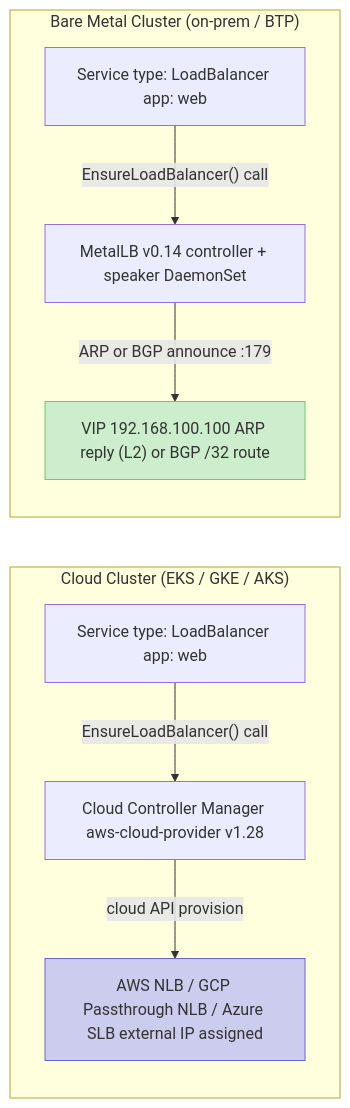
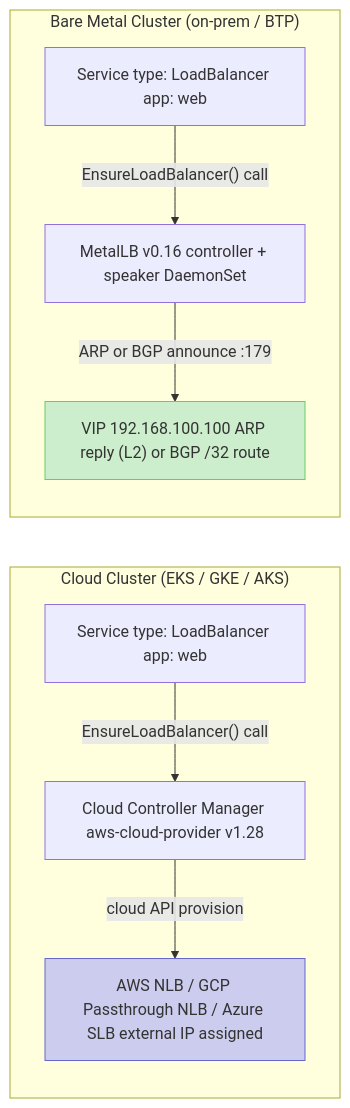
One commit to MykolaLebid/Kubernetes_networking_engineering changed the first of 2 diagrams in lessons/19-metallb-kube-vip.md. Above: the diagram before and after it, drawn with Mermaid. The commit also changed other lines of this file and 19 other files, not shown here.

````diff
--- a/lessons/19-metallb-kube-vip.md
+++ b/lessons/19-metallb-kube-vip.md
@@ -28,19 +28,19 @@
 ```mermaid
 flowchart LR
     subgraph cloud["Cloud Cluster (EKS / GKE / AKS)"]
         SVC1["Service type: LoadBalancer app: web"]
         CCM["Cloud Controller Manager aws-cloud-provider v1.28"]
         CLB["AWS NLB / GCP Passthrough NLB / Azure SLB external IP assigned"]
     end
     subgraph bare["Bare Metal Cluster (on-prem / BTP)"]
         SVC2["Service type: LoadBalancer app: web"]
-        MLB["MetalLB v0.14 controller + speaker DaemonSet"]
+        MLB["MetalLB v0.16 controller + speaker DaemonSet"]
         VIP["VIP 192.168.100.100 ARP reply (L2) or BGP /32 route"]
     end
 
     SVC1 --"EnsureLoadBalancer() call"--> CCM --"cloud API provision"--> CLB
     SVC2 --"EnsureLoadBalancer() call"--> MLB --"ARP or BGP announce :179"--> VIP
 
     style CLB fill:#cce,stroke:#66c
     style VIP fill:#cec,stroke:#6c6
 ```
````
